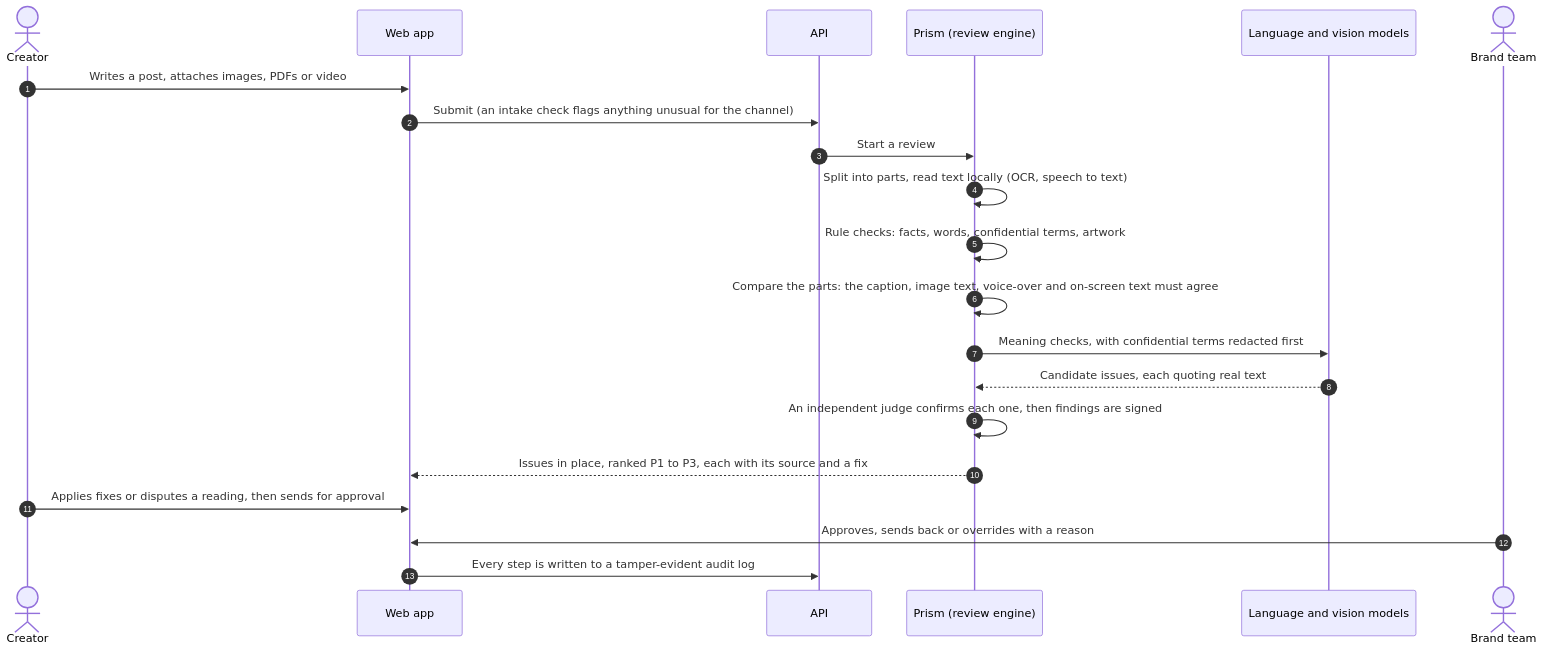
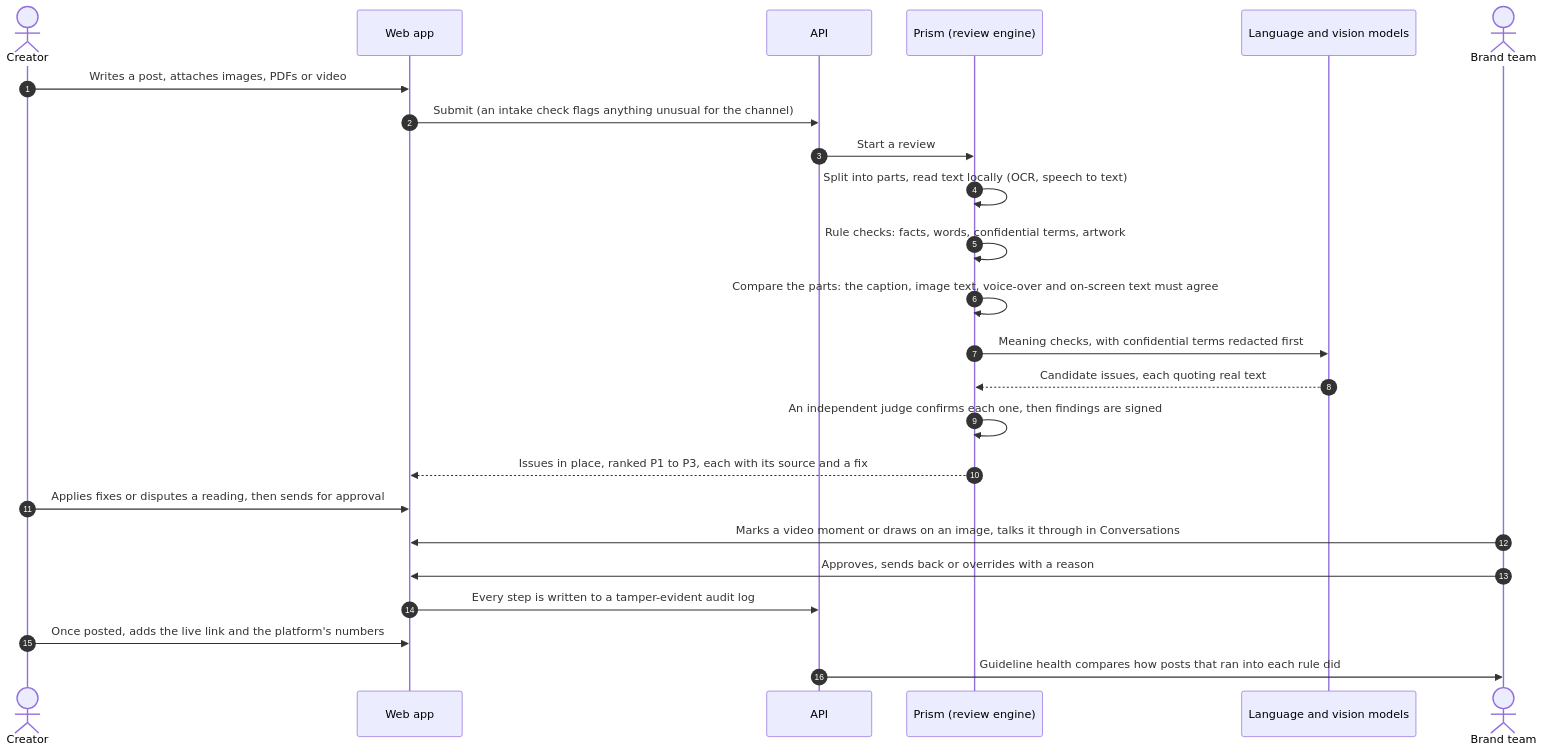
The first of 3 diagrams in README.md (varadarajjborkar/verytas), drawn with Mermaid before and after one commit. The commit also changed other lines of this file and 9 other files, not shown here.

First line of the commit message:
docs: screenshots and diagrams as the product is now

````diff
--- a/README.md
+++ b/README.md
@@ -60,24 +62,27 @@
 ```mermaid
 sequenceDiagram
     autonumber
     actor C as Creator
     participant W as Web app
     participant A as API
     participant P as Prism (review engine)
     participant M as Language and vision models
     actor B as Brand team
 
     C->>W: Writes a post, attaches images, PDFs or video
     W->>A: Submit (an intake check flags anything unusual for the channel)
     A->>P: Start a review
     P->>P: Split into parts, read text locally (OCR, speech to text)
     P->>P: Rule checks: facts, words, confidential terms, artwork
     P->>P: Compare the parts: the caption, image text, voice-over and on-screen text must agree
     P->>M: Meaning checks, with confidential terms redacted first
     M-->>P: Candidate issues, each quoting real text
     P->>P: An independent judge confirms each one, then findings are signed
     P-->>W: Issues in place, ranked P1 to P3, each with its source and a fix
     C->>W: Applies fixes or disputes a reading, then sends for approval
+    B->>W: Marks a video moment or draws on an image, talks it through in Conversations
     B->>W: Approves, sends back or overrides with a reason
     W->>A: Every step is written to a tamper-evident audit log
+    C->>W: Once posted, adds the live link and the platform's numbers
+    A->>B: Guideline health compares how posts that ran into each rule did
 ```
````
